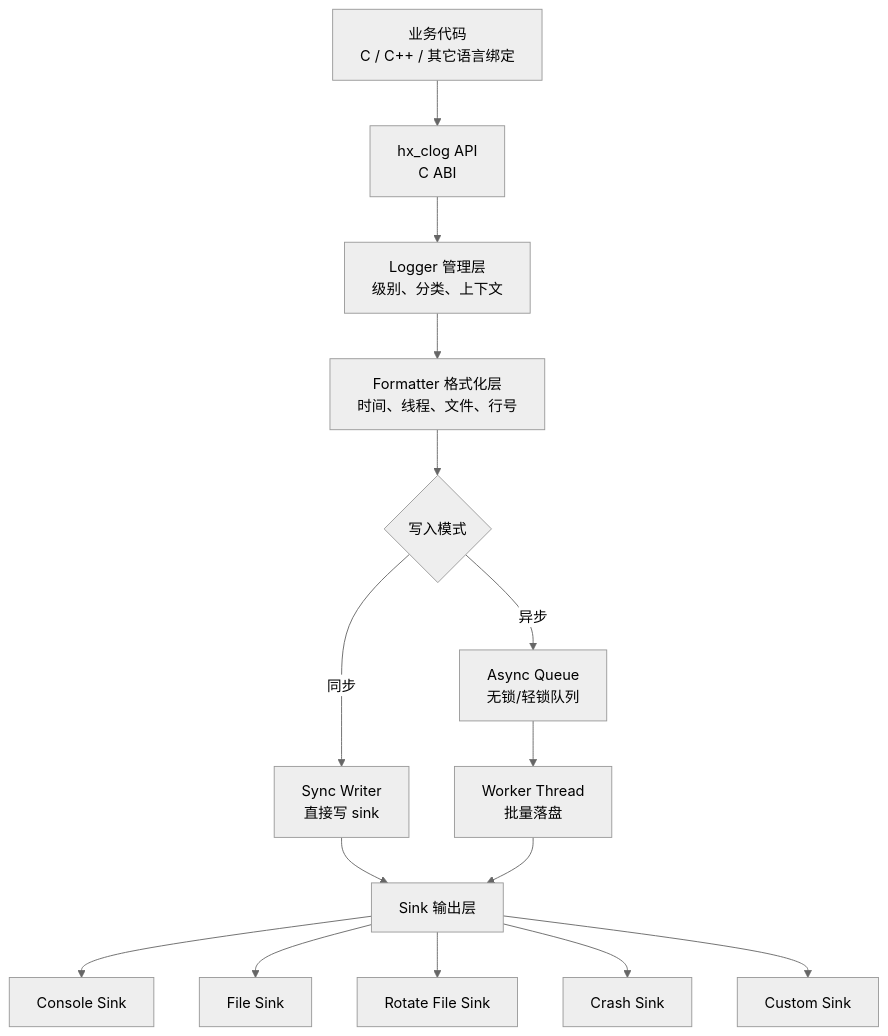
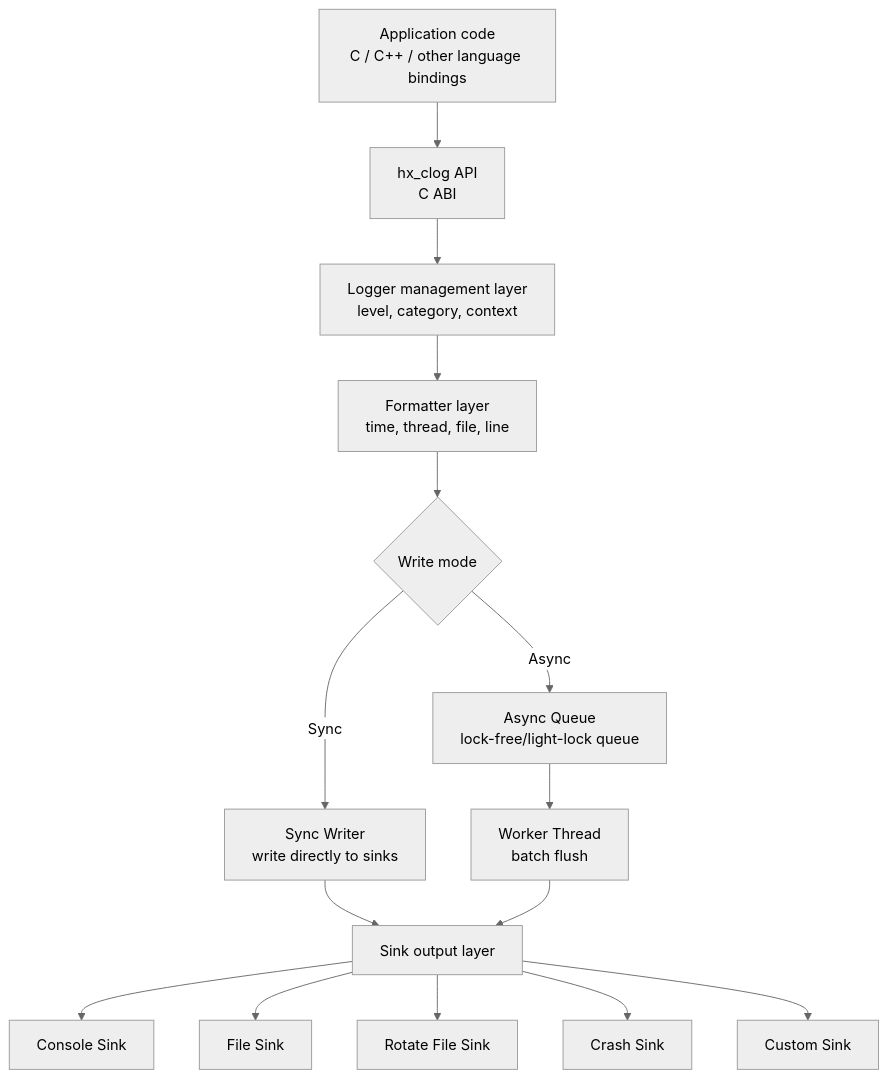
The first of 12 diagrams in README.md (HuangX666/hx_clog), drawn with Mermaid (neutral theme) before and after one commit. The commit also changed other lines of this file and 9 other files, not shown here.

````diff
--- a/README.md
+++ b/README.md
@@ -177,17 +180,17 @@
 ```mermaid
 flowchart TD
-    A["业务代码<br/>C / C++ / 其它语言绑定"] --> B["hx_clog API<br/>C ABI"]
-    B --> C["Logger 管理层<br/>级别、分类、上下文"]
-    C --> D["Formatter 格式化层<br/>时间、线程、文件、行号"]
-    D --> E{"写入模式"}
-    E -->|同步| F["Sync Writer<br/>直接写 sink"]
-    E -->|异步| G["Async Queue<br/>无锁/轻锁队列"]
-    G --> H["Worker Thread<br/>批量落盘"]
-    F --> I["Sink 输出层"]
+    A["Application code<br/>C / C++ / other language bindings"] --> B["hx_clog API<br/>C ABI"]
+    B --> C["Logger management layer<br/>level, category, context"]
+    C --> D["Formatter layer<br/>time, thread, file, line"]
+    D --> E{"Write mode"}
+    E -->|Sync| F["Sync Writer<br/>write directly to sinks"]
+    E -->|Async| G["Async Queue<br/>lock-free/light-lock queue"]
+    G --> H["Worker Thread<br/>batch flush"]
+    F --> I["Sink output layer"]
     H --> I
     I --> J["Console Sink"]
     I --> K["File Sink"]
     I --> L["Rotate File Sink"]
     I --> M["Crash Sink"]
     I --> N["Custom Sink"]
 ```
````
